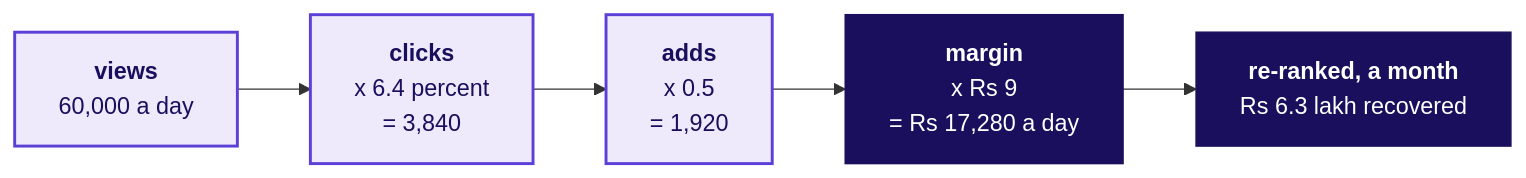
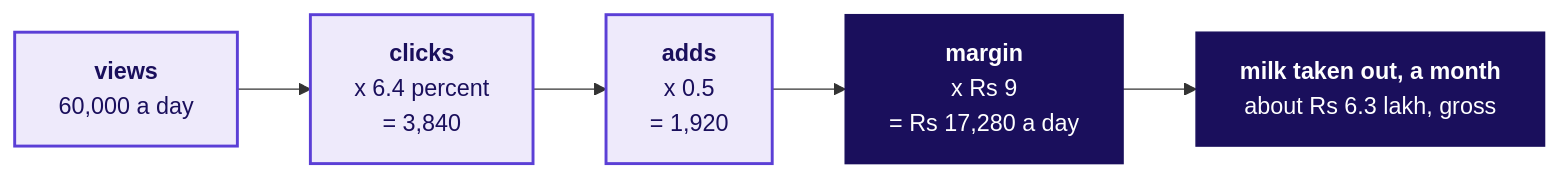
One commit to fde-academy-lab/c2-content-factory changed the tenth of 11 diagrams in content/W04/D3/whiteboards/C2_W04_D03_board_work_STUDENT.md. Above: the diagram before and after it, drawn with Mermaid. The commit also changed other lines of this file and 5 other files, not shown here.

````diff
--- a/content/W04/D3/whiteboards/C2_W04_D03_board_work_STUDENT.md
+++ b/content/W04/D3/whiteboards/C2_W04_D03_board_work_STUDENT.md
@@ -190,11 +190,11 @@
 ```mermaid
 flowchart LR
     V["<b>views</b><br/>60,000 a day"] --> C["<b>clicks</b><br/>x 6.4 percent<br/>= 3,840"]
     C --> A["<b>adds</b><br/>x 0.5<br/>= 1,920"]
     A --> M["<b>margin</b><br/>x Rs 9<br/>= Rs 17,280 a day"]
-    M --> R["<b>re-ranked, a month</b><br/>Rs 6.3 lakh recovered"]
+    M --> R["<b>milk taken out, a month</b><br/>about Rs 6.3 lakh, gross"]
     classDef known fill:#EEEAFB,stroke:#5B3FD6,color:#1A0F5C,stroke-width:2px
     classDef lit fill:#1A0F5C,stroke:#1A0F5C,color:#FFFFFF
     class V,C,A known
     class M,R lit
 ```
````
